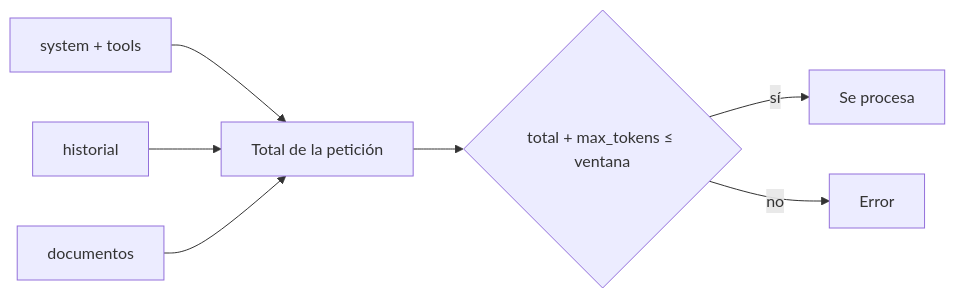
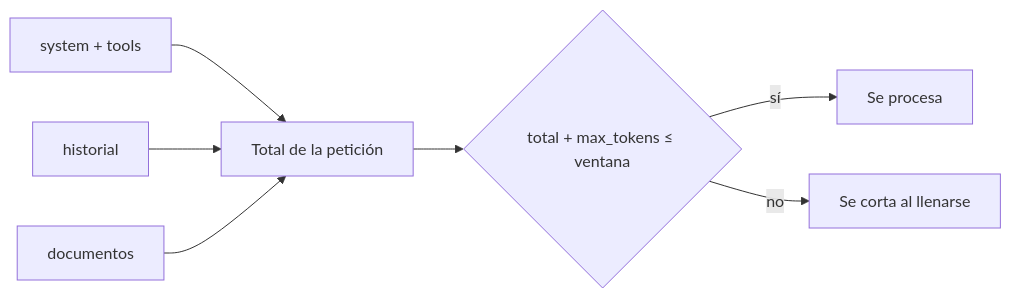
Before and after one commit to Diego303/morecontext: the diagram in contenido/docs/contexto/01-ventana-de-contexto.md, drawn with Mermaid. The commit also changed other lines of this file and 688 other files, not shown here.

````diff
--- a/contenido/docs/contexto/01-ventana-de-contexto.md
+++ b/contenido/docs/contexto/01-ventana-de-contexto.md
@@ -27,9 +28,9 @@
 ```mermaid
 flowchart LR
   A[system + tools] --> T[Total de la petición]
   B[historial] --> T
   C[documentos] --> T
   T --> L{"total + max_tokens ≤ ventana"}
   L -- sí --> OK[Se procesa]
-  L -- no --> E[Error]
+  L -- no --> E[Se corta al llenarse]
 ```
````
